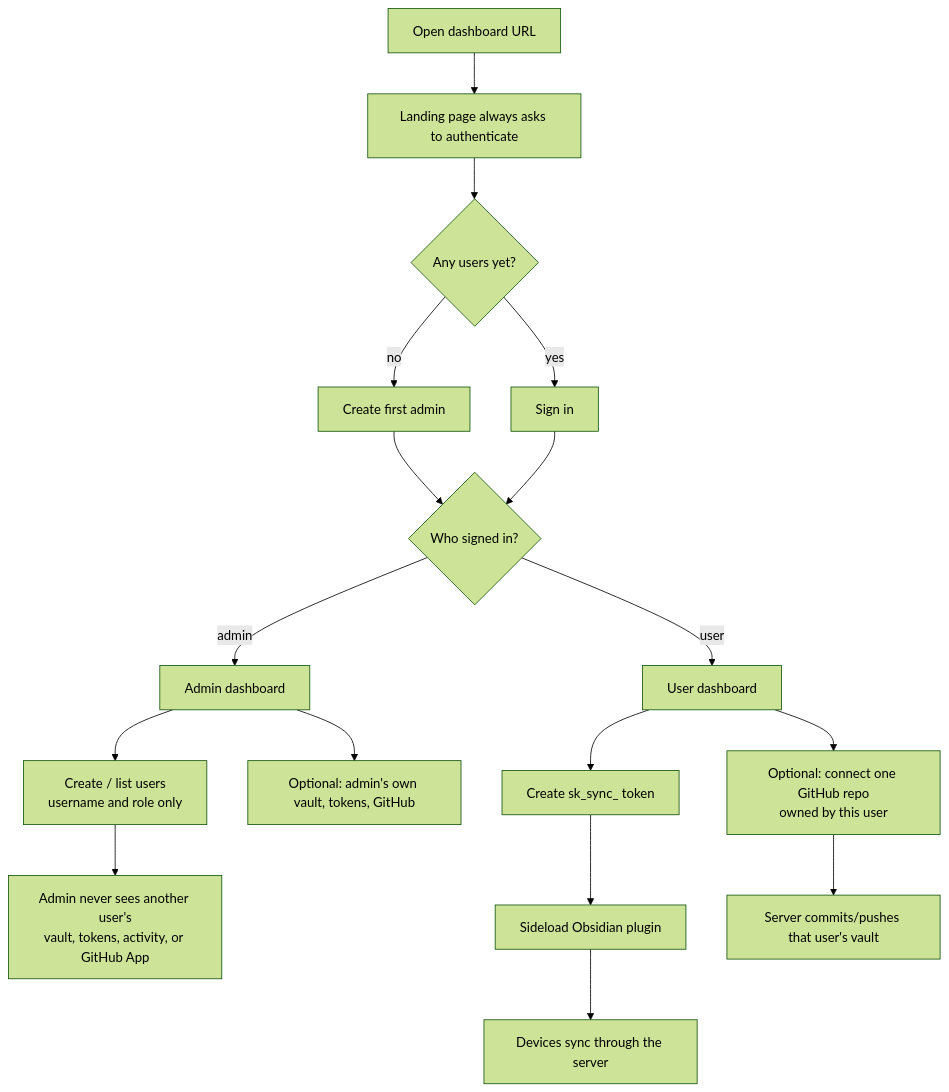
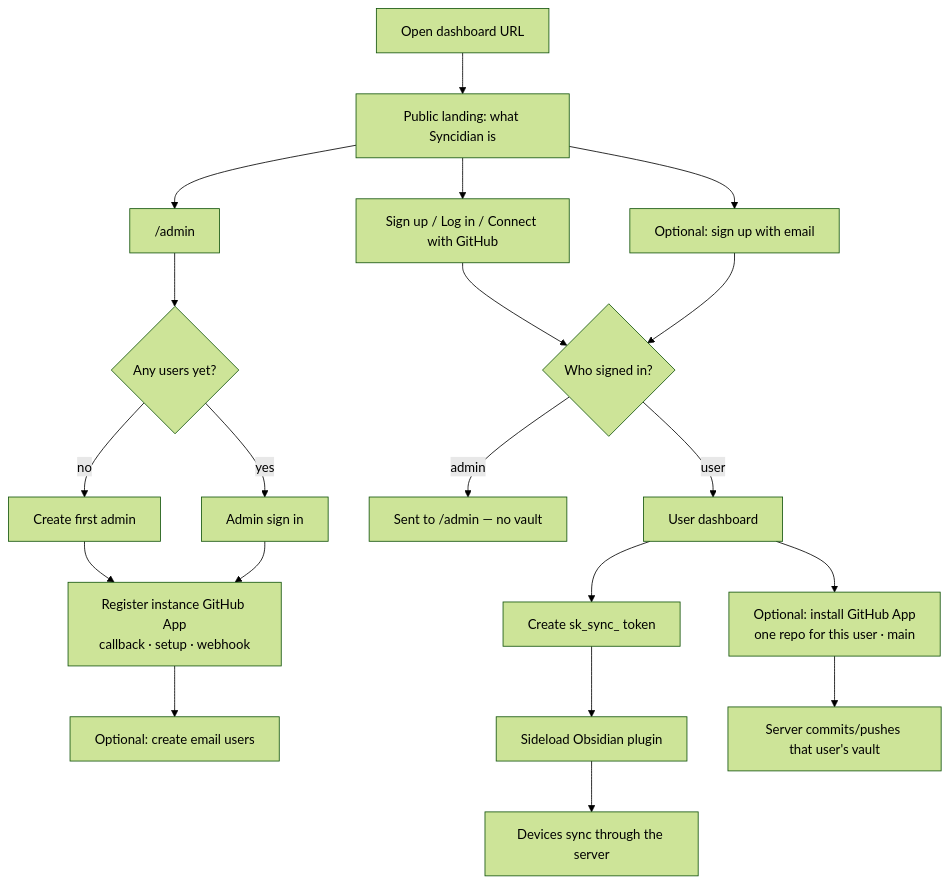
One commit to shangeethsivan/Syncidian changed the second of 7 diagrams in README.md. Above: the diagram before and after it, drawn with Mermaid (forest theme). The commit also changed other lines of this file and 17 other files, not shown here.

First line of the commit message:
Add a public landing page and GitHub sign-in at /admin App URLs

````diff
--- a/README.md
+++ b/README.md
@@ -177,21 +177,24 @@
 ```mermaid
 flowchart TD
-  Open["Open dashboard URL"] --> Land["Landing page always asks to authenticate"]
-  Land --> First{"Any users yet?"}
+  Open["Open dashboard URL"] --> Land["Public landing: what Syncidian is"]
+  Land --> GHSign["Sign up / Log in / Connect with GitHub"]
+  Land --> Email["Optional: sign up with email"]
+  Land --> AdminLink["/admin"]
+
+  AdminLink --> First{"Any users yet?"}
   First -->|no| Admin["Create first admin"]
-  First -->|yes| Login["Sign in"]
-  Admin --> Role{"Who signed in?"}
-  Login --> Role
+  First -->|yes| AdminLogin["Admin sign in"]
+  Admin --> App["Register instance GitHub App<br/>callback · setup · webhook"]
+  AdminLogin --> App
+  App --> Users["Optional: create email users"]
 
-  Role -->|admin| AdminHome["Admin dashboard"]
-  AdminHome --> Users["Create / list users<br/>username and role only"]
-  AdminHome --> Own["Optional: admin's own vault, tokens, GitHub"]
-  Users --> Note["Admin never sees another user's<br/>vault, tokens, activity, or GitHub App"]
-
+  GHSign --> Role{"Who signed in?"}
+  Email --> Role
+  Role -->|admin| AdminHome["Sent to /admin — no vault"]
   Role -->|user| UserHome["User dashboard"]
-  UserHome --> GH["Optional: connect one GitHub repo<br/>owned by this user"]
+  UserHome --> Repo["Optional: install GitHub App<br/>one repo for this user · main"]
   UserHome --> Tok["Create sk_sync_ token"]
   Tok --> Plug["Sideload Obsidian plugin"]
   Plug --> Sync["Devices sync through the server"]
-  GH --> Backup["Server commits/pushes that user's vault"]
+  Repo --> Backup["Server commits/pushes that user's vault"]
 ```
````
